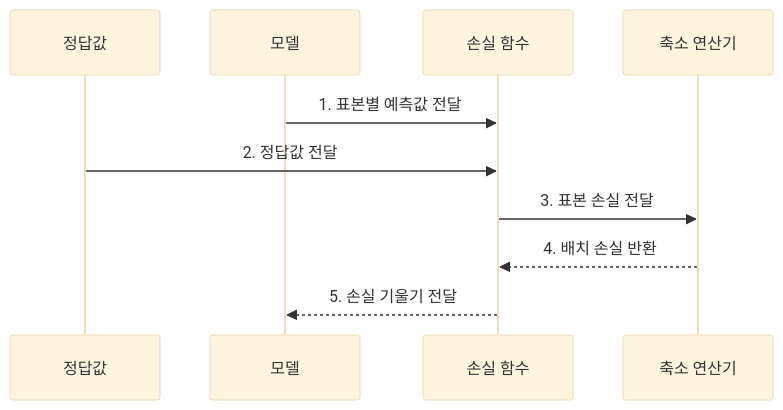
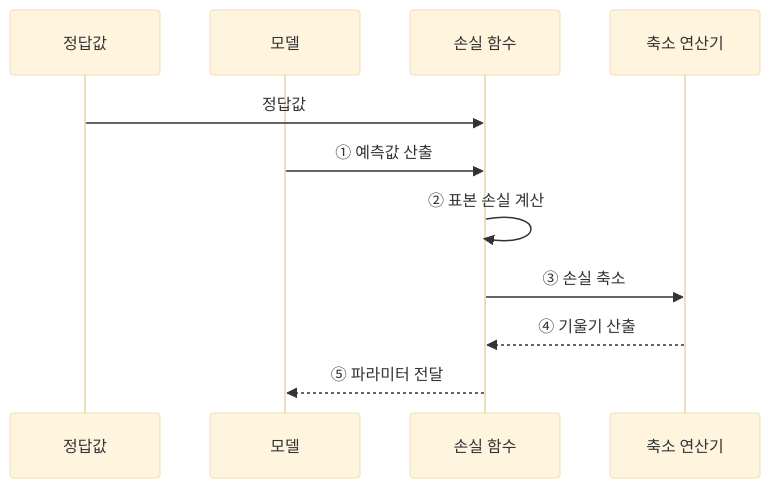
Before and after one commit to agnusdei1207/knowledge-base: the fourth of 4 diagrams in src/content/docs/notes/01-basic-theory/042_loss_functions.md, drawn with Mermaid (base theme). The commit also changed other lines of this file and 22 other files, not shown here.

````diff
--- a/src/content/docs/notes/01-basic-theory/042_loss_functions.md
+++ b/src/content/docs/notes/01-basic-theory/042_loss_functions.md
@@ -72,12 +98,13 @@
 ```mermaid
 sequenceDiagram
     participant Y as 정답값
     participant M as 모델
     participant L as 손실 함수
     participant R as 축소 연산기
-    M->>L: 1. 표본별 예측값 전달
-    Y->>L: 2. 정답값 전달
-    L->>R: 3. 표본 손실 전달
-    R-->>L: 4. 배치 손실 반환
-    L-->>M: 5. 손실 기울기 전달
+    Y->>L: 정답값
+    M->>L: ① 예측값 산출
+    L->>L: ② 표본 손실 계산
+    L->>R: ③ 손실 축소
+    R-->>L: ④ 기울기 산출
+    L-->>M: ⑤ 파라미터 전달
 ```
````
